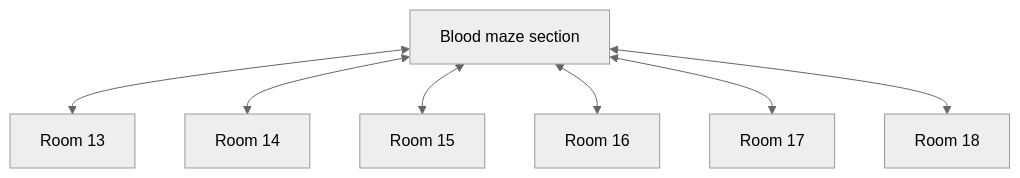
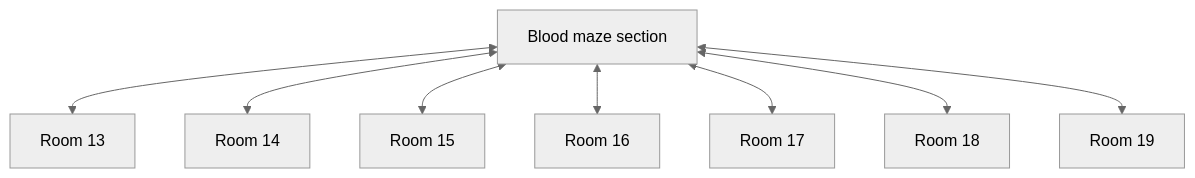
Before and after one commit to SlothBorg/Dungeon23: the fourth of 4 diagrams in Dungeon/Level_03/README.md, drawn with Mermaid (neutral theme). The commit also changed 4 other files, not shown here.

````diff
--- a/Dungeon/Level_03/README.md
+++ b/Dungeon/Level_03/README.md
@@ -39,10 +39,11 @@
 ```mermaid
 flowchart TD
     Blood[Blood maze section] <-->C13[Room 13]
     Blood <--> C14[Room 14]
     Blood <--> C15[Room 15]
     Blood <--> C16[Room 16]
     Blood <--> C17[Room 17]
     Blood <--> C18[Room 18]
+    Blood <--> C19[Room 19]
 
 ```
````
